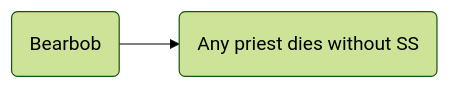
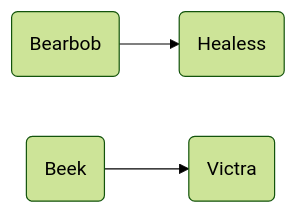
Before and after one commit to leemWF/READMEVault: the eighth of 11 diagrams in wepulled/swp/README.md, drawn with Mermaid (forest theme). The commit also changed other lines of this file, not shown here.

````diff
--- a/wepulled/swp/README.md
+++ b/wepulled/swp/README.md
@@ -165,4 +171,5 @@
 ```mermaid
 flowchart LR
-    A(Bearbob) --> B(Any priest dies without SS)
+    A(Bearbob) --> B(Healess)
+    C(Beek) --> D(Victra)
 ```
````
